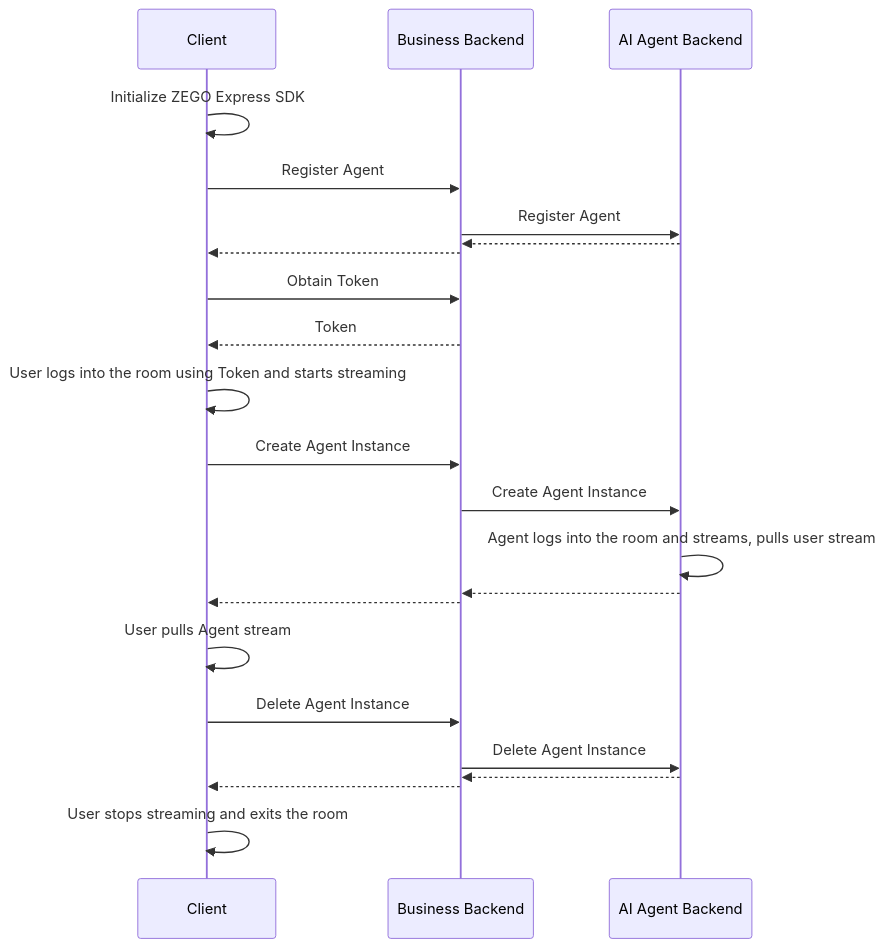
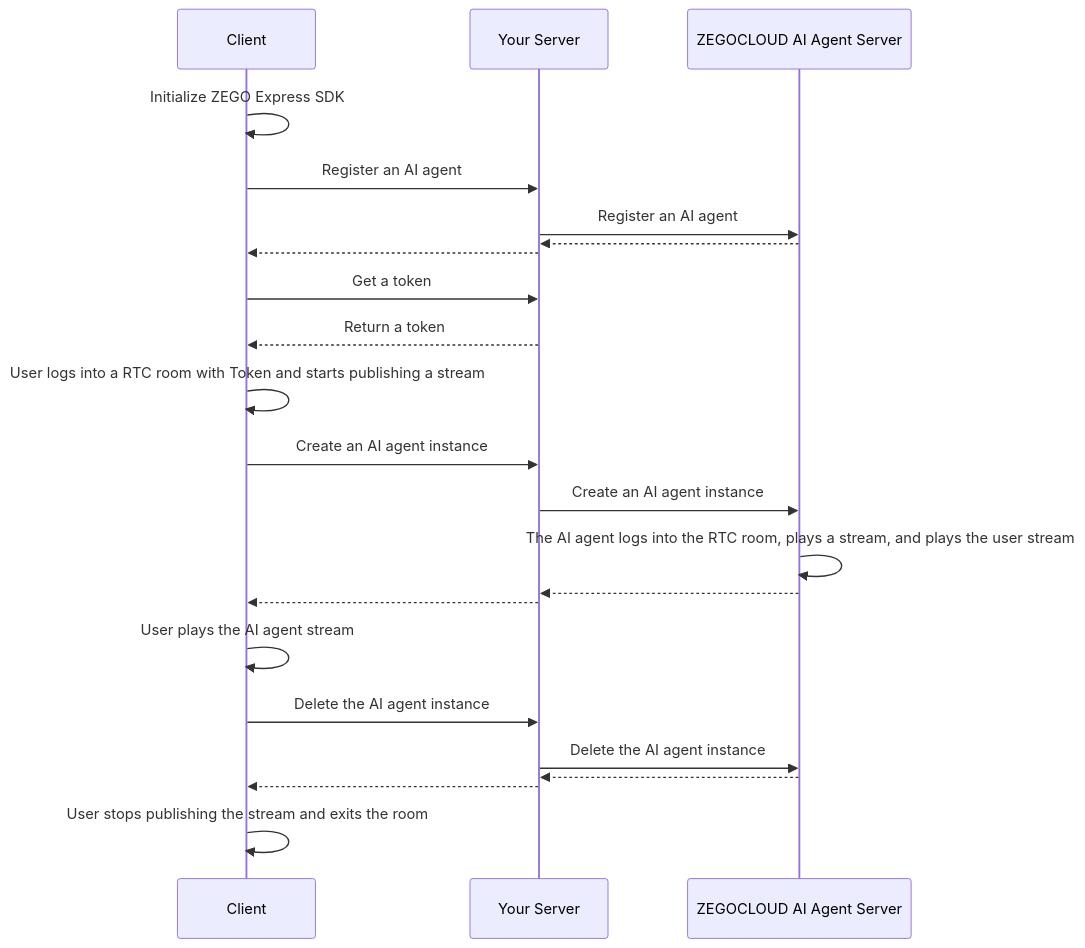
The diagram in core_products/aiagent/en/docs_aiagent_android/Quick start.mdx (ZEGOCLOUD/docs_all), drawn with Mermaid before and after one commit. The commit also changed other lines of this file and 1 other file, not shown here.

````diff
--- a/core_products/aiagent/en/docs_aiagent_android/Quick start.mdx
+++ b/core_products/aiagent/en/docs_aiagent_android/Quick start.mdx
@@ -56,34 +67,33 @@
 ```mermaid
 sequenceDiagram
     participant Client
-    participant Business Backend
-    participant AI Agent Backend
+    participant Your Server
+    participant ZEGOCLOUD AI Agent Server
     
     Client->>Client: Initialize ZEGO Express SDK
     
-    Client->>Business Backend: Register Agent
-    Business Backend->>AI Agent Backend: Register Agent
-    AI Agent Backend-->>Business Backend: 
-    Business Backend-->>Client: 
+    Client->>Your Server: Register an AI agent
+    Your Server->>ZEGOCLOUD AI Agent Server: Register an AI agent
+    ZEGOCLOUD AI Agent Server-->>Your Server: 
+    Your Server-->>Client: 
     
-    Client->>Business Backend: Obtain Token
-    Business Backend-->>Client: Token
+    Client->>Your Server: Get a token
+    Your Server-->>Client: Return a token
     
-    Client->>Client: User logs into the room using Token and starts streaming
+    Client->>Client: User logs into a RTC room with Token and starts publishing a stream
     
-    Client->>Business Backend: Create Agent Instance
-    Business Backend->>AI Agent Backend: Create Agent Instance
-    AI Agent Backend->>AI Agent Backend: Agent logs into the room and streams, pulls user stream
-    AI Agent Backend-->>Business Backend: 
-    Business Backend-->>Client: 
+    Client->>Your Server: Create an AI agent instance
+    Your Server->>ZEGOCLOUD AI Agent Server: Create an AI agent instance
+    ZEGOCLOUD AI Agent Server->>ZEGOCLOUD AI Agent Server: The AI agent logs into the RTC room, plays a stream, and plays the user stream
+    ZEGOCLOUD AI Agent Server-->>Your Server: 
+    Your Server-->>Client: 
     
+    Client->>Client: User plays the AI agent stream
     
-    Client->>Client: User pulls Agent stream
+    Client->>Your Server: Delete the AI agent instance
+    Your Server->>ZEGOCLOUD AI Agent Server: Delete the AI agent instance
+    ZEGOCLOUD AI Agent Server-->>Your Server: 
+    Your Server-->>Client: 
     
-    Client->>Business Backend: Delete Agent Instance
-    Business Backend->>AI Agent Backend: Delete Agent Instance
-    AI Agent Backend-->>Business Backend: 
-    Business Backend-->>Client: 
-    
-    Client->>Client: User stops streaming and exits the room
+    Client->>Client: User stops publishing the stream and exits the room
 ```
````
